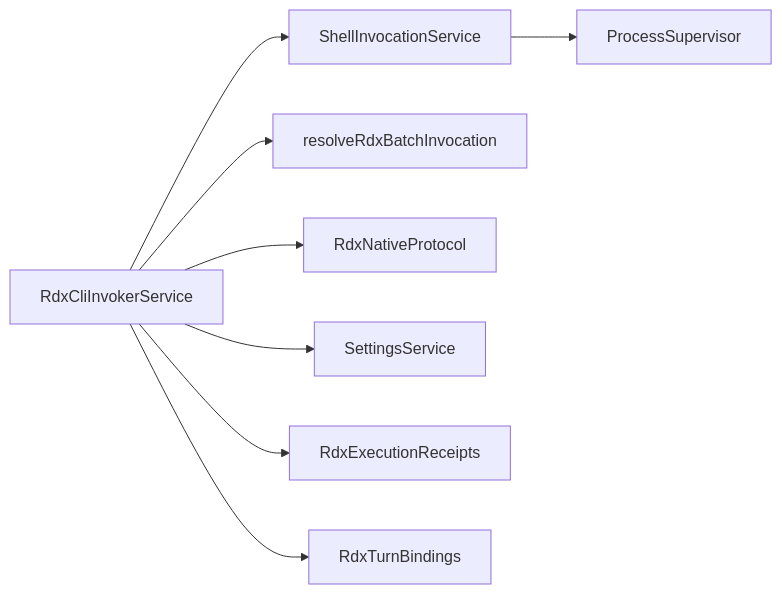
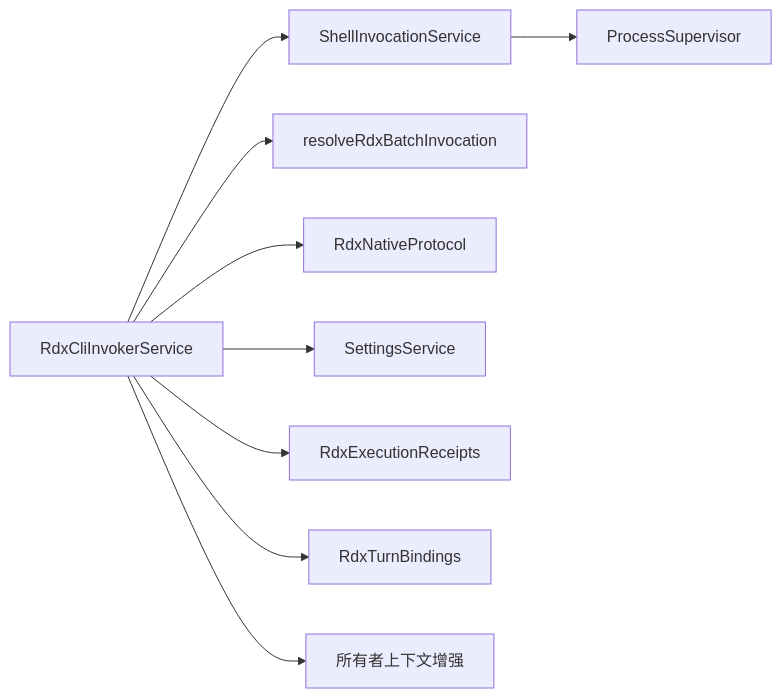
The sixth of 6 diagrams in .qoder/repowiki/zh/content/核心模块/工具系统/RDX CLI 调用器.md (haolange/RDC-Agent), drawn with Mermaid before and after one commit. The commit also changed other lines of this file and 28 other files, not shown here.

````diff
--- a/.qoder/repowiki/zh/content/核心模块/工具系统/RDX CLI 调用器.md
+++ b/.qoder/repowiki/zh/content/核心模块/工具系统/RDX CLI 调用器.md
@@ -232,10 +273,11 @@
 ```mermaid
 graph LR
 Svc["RdxCliInvokerService"] --> Shl["ShellInvocationService"]
 Svc --> Res["resolveRdxBatchInvocation"]
 Svc --> Pro["RdxNativeProtocol"]
 Svc --> Set["SettingsService"]
 Shl --> PS["ProcessSupervisor"]
 Svc --> Rec["RdxExecutionReceipts"]
 Svc --> Bind["RdxTurnBindings"]
+Svc --> Owner["所有者上下文增强"]
 ```
````
